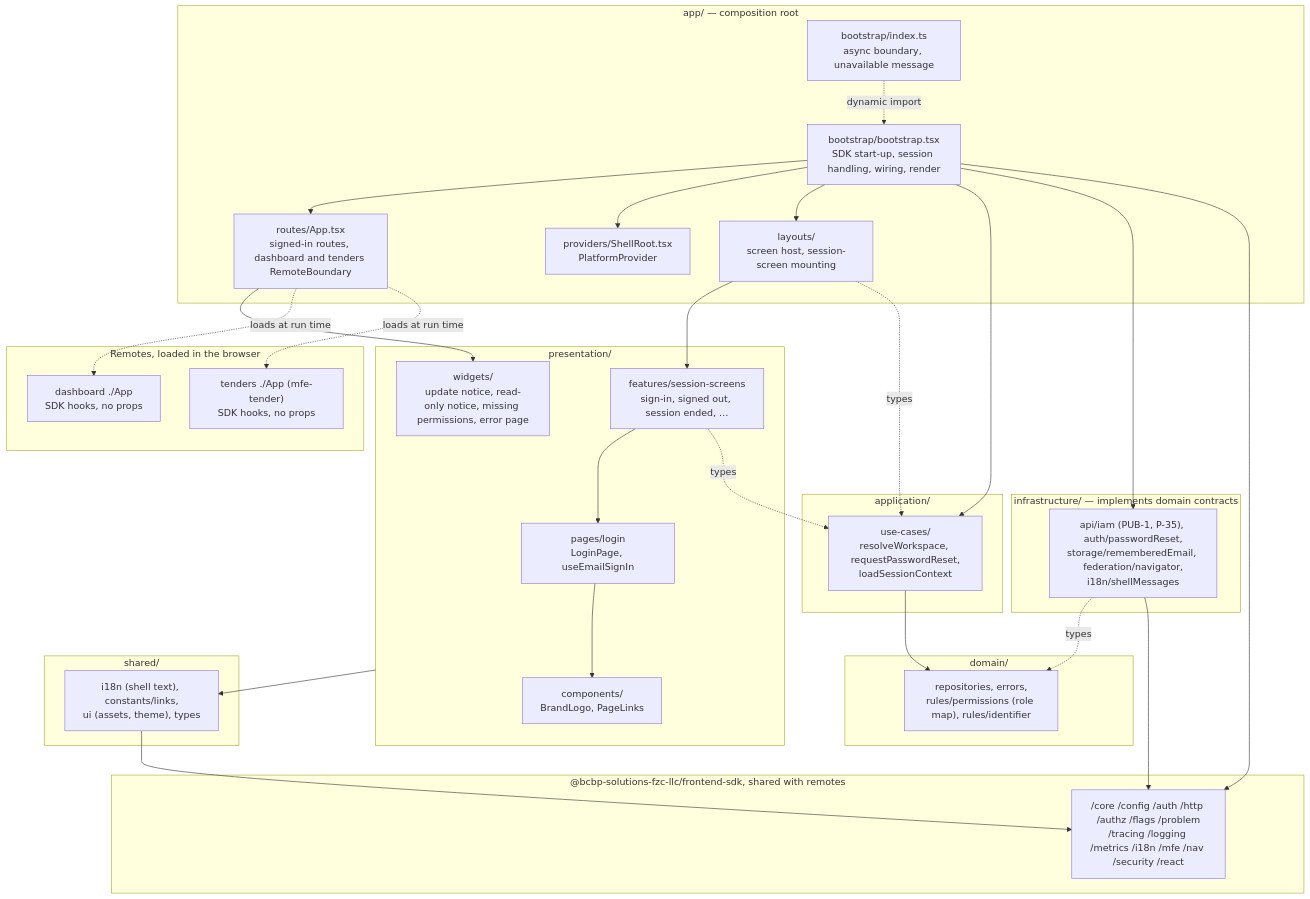
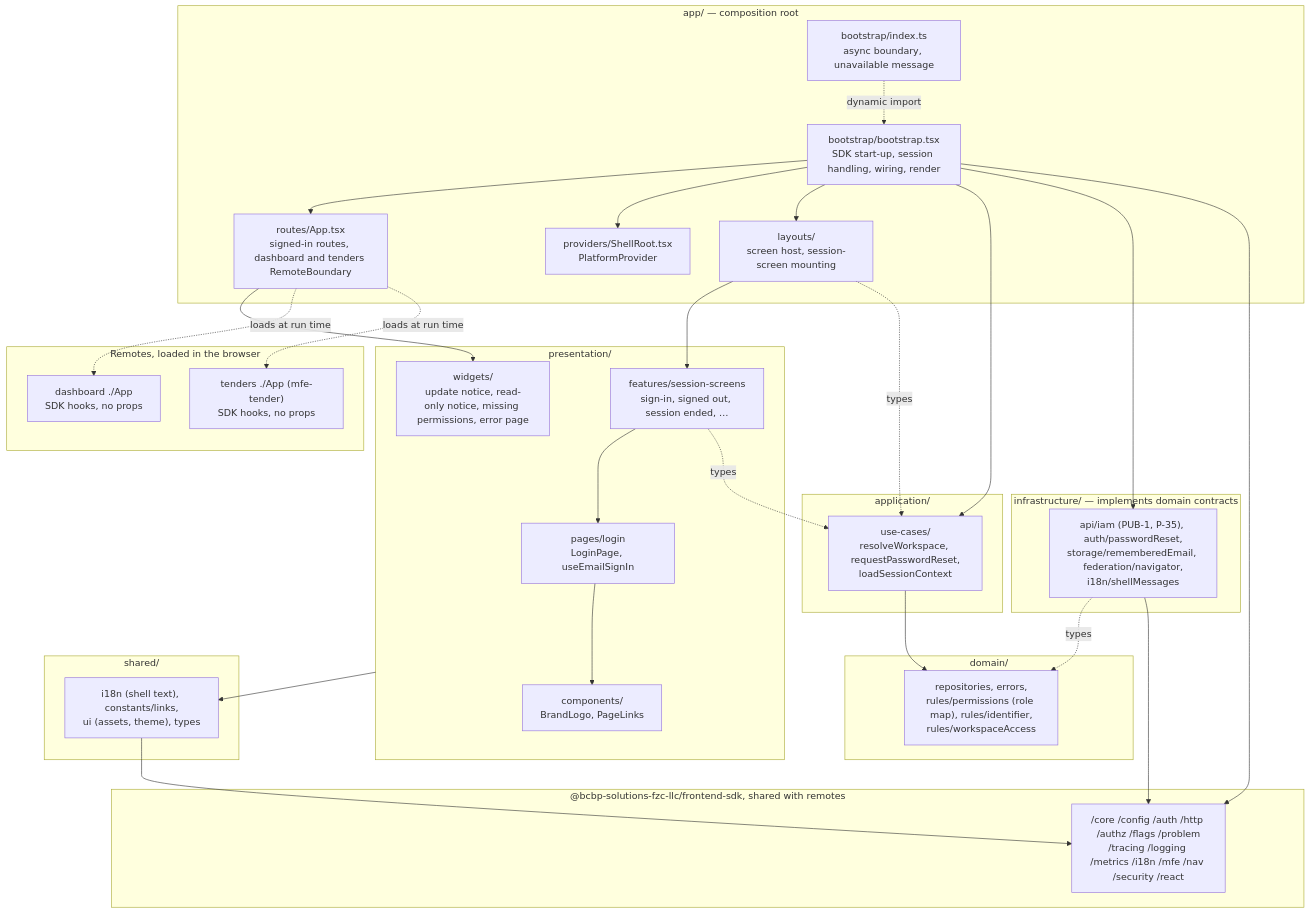
The diagram in docs/architecture/mermaid/layer-model.mmd (BCBP-SOLUTIONS-FZC-LLC/web-shell), drawn with Mermaid before and after one commit. The commit also changed 25 other files, not shown here.

```diff
--- a/docs/architecture/mermaid/layer-model.mmd
+++ b/docs/architecture/mermaid/layer-model.mmd
@@ -1,61 +1,61 @@
 graph TD
     subgraph app["app/ — composition root"]
         index["bootstrap/index.ts\nasync boundary, unavailable message"]
         boot["bootstrap/bootstrap.tsx\nSDK start-up, session handling, wiring, render"]
         routes["routes/App.tsx\nsigned-in routes, dashboard and tenders RemoteBoundary"]
         providers["providers/ShellRoot.tsx\nPlatformProvider"]
         layouts["layouts/\nscreen host, session-screen mounting"]
     end
 
     subgraph presentation["presentation/"]
         pages["pages/login\nLoginPage, useEmailSignIn"]
         features["features/session-screens\nsign-in, signed out, session ended, …"]
         widgets["widgets/\nupdate notice, read-only notice, missing permissions, error page"]
         components["components/\nBrandLogo, PageLinks"]
     end
 
     subgraph application["application/"]
         usecases["use-cases/\nresolveWorkspace, requestPasswordReset,\nloadSessionContext"]
     end
 
     subgraph domain["domain/"]
-        dom["repositories, errors,\nrules/permissions (role map), rules/identifier"]
+        dom["repositories, errors,\nrules/permissions (role map), rules/identifier,\nrules/workspaceAccess"]
     end
 
     subgraph infrastructure["infrastructure/ — implements domain contracts"]
         infra["api/iam (PUB-1, P-35), auth/passwordReset,\nstorage/rememberedEmail, federation/navigator,\ni18n/shellMessages"]
     end
 
     subgraph shared["shared/"]
         sh["i18n (shell text), constants/links,\nui (assets, theme), types"]
     end
 
     subgraph sdk["@bcbp-solutions-fzc-llc/frontend-sdk, shared with remotes"]
         sdkmods["/core /config /auth /http /authz /flags /problem\n/tracing /logging /metrics /i18n /mfe /nav /security /react"]
     end
 
     subgraph remote["Remotes, loaded in the browser"]
         dashboard["dashboard ./App\nSDK hooks, no props"]
         tenders["tenders ./App (mfe-tender)\nSDK hooks, no props"]
     end
 
     index -. dynamic import .-> boot
     boot --> routes
     boot --> providers
     boot --> layouts
     boot --> usecases
     boot --> infra
     boot --> sdkmods
     routes --> widgets
     routes -. loads at run time .-> dashboard
     routes -. loads at run time .-> tenders
     layouts --> features
     features --> pages
     pages --> components
     features -. types .-> usecases
     layouts -. types .-> usecases
     usecases --> dom
     infra -. types .-> dom
     infra --> sdkmods
     presentation --> sh
     sh --> sdkmods
```
